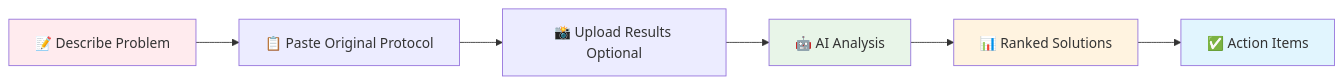
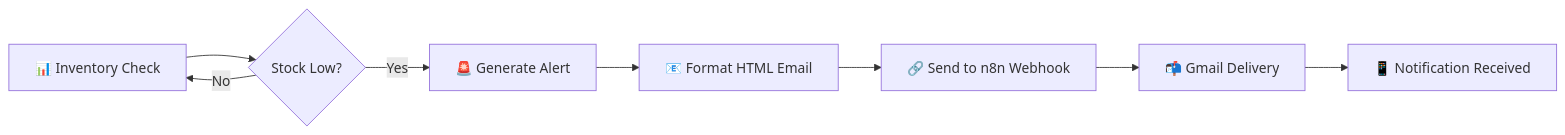
One commit to AshwithoutCash/ProtoGen changed the fourth of 5 diagrams in README.md. Above: the diagram before and after it, drawn with Mermaid. The commit also changed other lines of this file and 43 other files, not shown here.

````diff
--- a/README.md
+++ b/README.md
@@ -328,13 +626,10 @@
 ```mermaid
 flowchart LR
-    A[📝 Describe Problem] --> B[📋 Paste Original Protocol]
-    B --> C[📸 Upload Results Optional]
-    C --> D[🤖 AI Analysis]
-    D --> E[📊 Ranked Solutions]
-    E --> F[✅ Action Items]
-    
-    style A fill:#ffebee
-    style D fill:#e8f5e8
-    style E fill:#fff3e0
-    style F fill:#e1f5fe
+    A[📊 Inventory Check] --> B{Stock Low?}
+    B -->|Yes| C[🚨 Generate Alert]
+    B -->|No| A
+    C --> D[📧 Format HTML Email]
+    D --> E[🔗 Send to n8n Webhook]
+    E --> F[📬 Gmail Delivery]
+    F --> G[📱 Notification Received]
 ```
````
